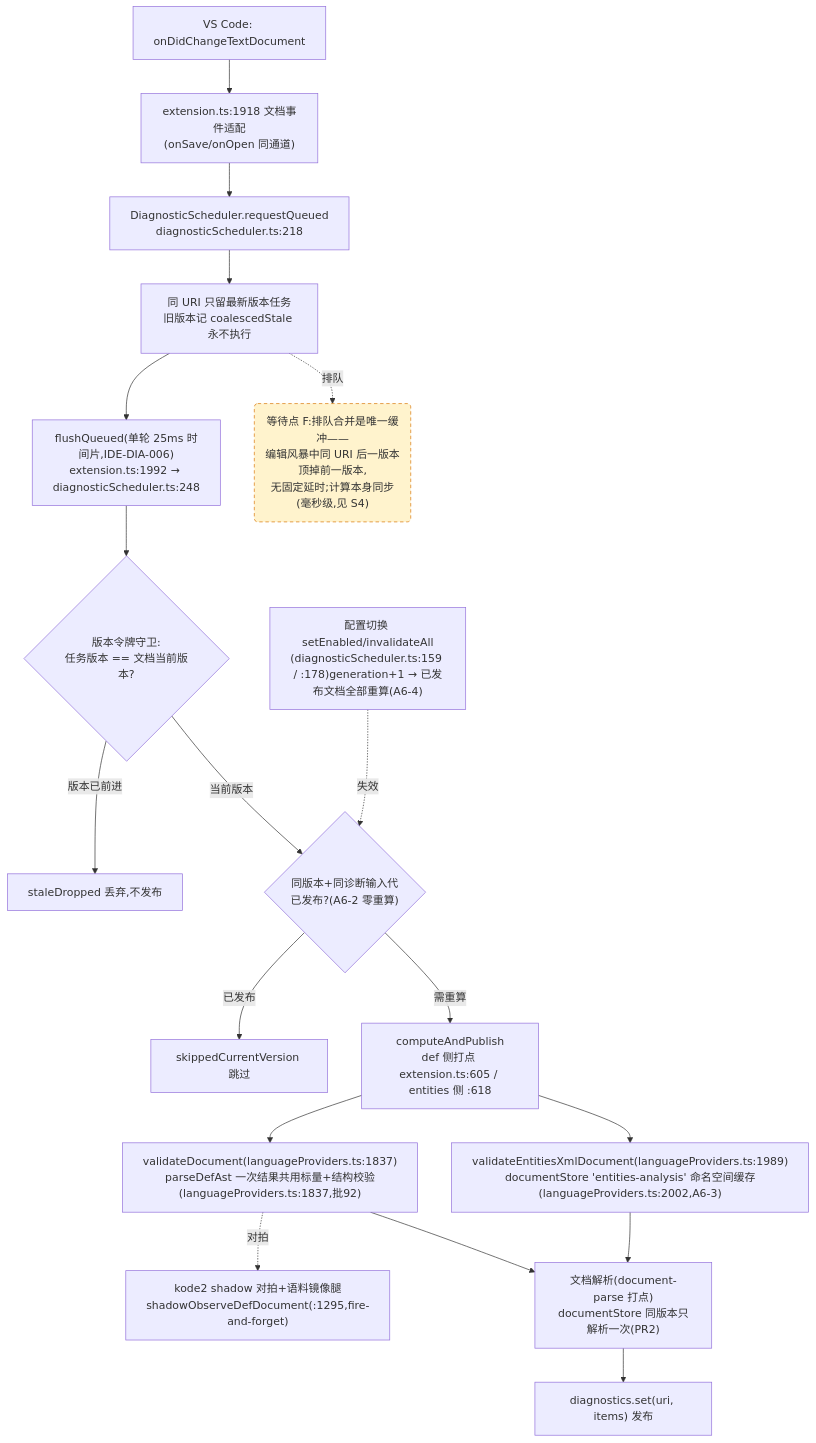
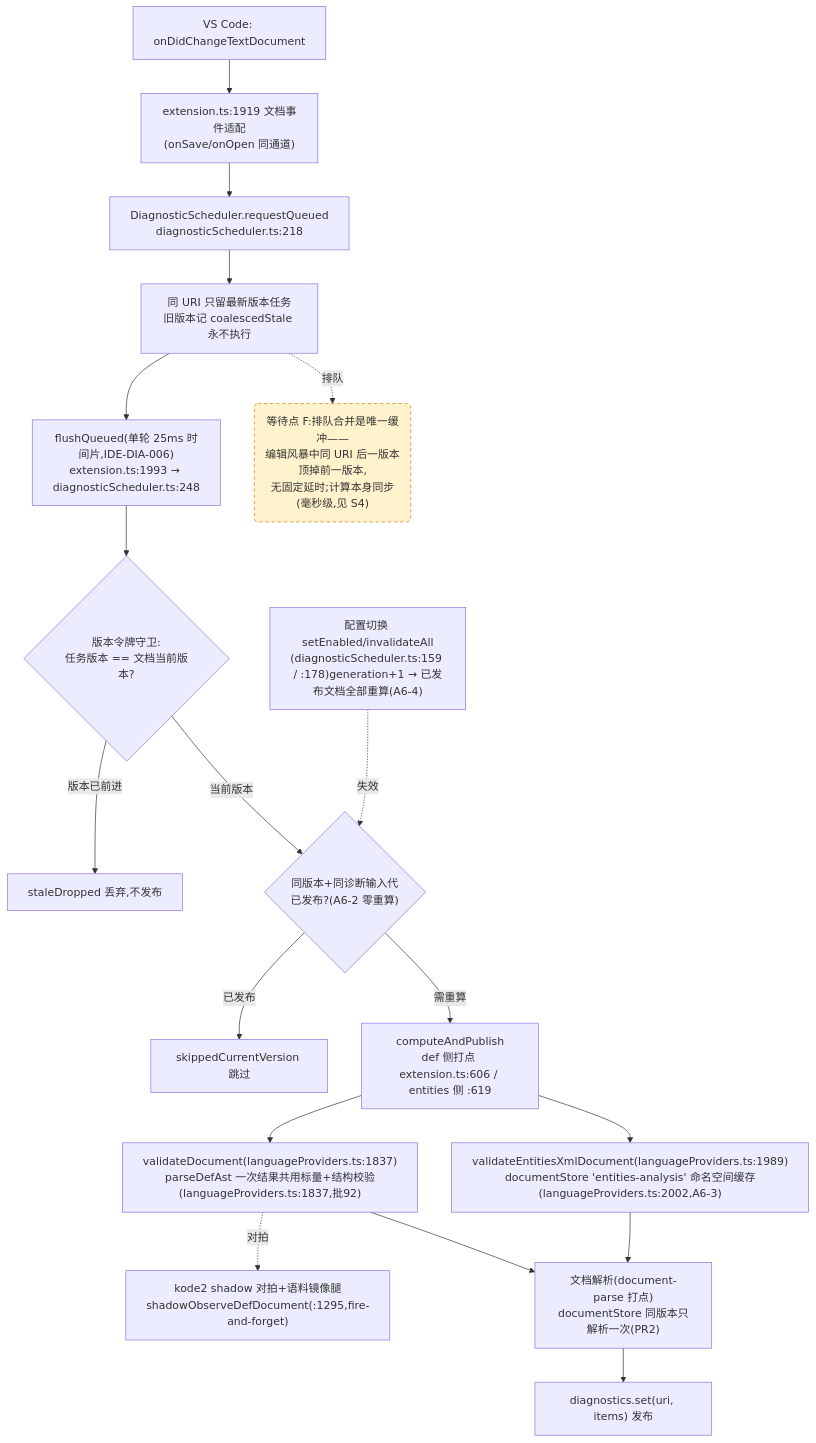
One commit to cuihairu/kode changed the fourth of 4 diagrams in docs/perf/2026-baseline.md. Above: the diagram before and after it, drawn with Mermaid. The commit also changed other lines of this file and 7 other files, not shown here.

````diff
--- a/docs/perf/2026-baseline.md
+++ b/docs/perf/2026-baseline.md
@@ -214,38 +214,38 @@
 ```mermaid
 flowchart TD
   CHG["VS Code: onDidChangeTextDocument"]
-  WATCH["extension.ts:1918 文档事件适配<br/>(onSave/onOpen 同通道)"]
+  WATCH["extension.ts:1919 文档事件适配<br/>(onSave/onOpen 同通道)"]
   RQ["DiagnosticScheduler.requestQueued<br/>diagnosticScheduler.ts:218"]
   CO["同 URI 只留最新版本任务<br/>旧版本记 coalescedStale 永不执行"]
-  FL["flushQueued(单轮 25ms 时间片,IDE-DIA-006)<br/>extension.ts:1992 → diagnosticScheduler.ts:248"]
+  FL["flushQueued(单轮 25ms 时间片,IDE-DIA-006)<br/>extension.ts:1993 → diagnosticScheduler.ts:248"]
   VG{"版本令牌守卫:<br/>任务版本 == 文档当前版本?"}
   DROP["staleDropped 丢弃,不发布"]
   GEN{"同版本+同诊断输入代<br/>已发布?(A6-2 零重算)"}
   SKIP["skippedCurrentVersion 跳过"]
-  CALC["computeAndPublish<br/>def 侧打点 extension.ts:605 / entities 侧 :618"]
+  CALC["computeAndPublish<br/>def 侧打点 extension.ts:606 / entities 侧 :619"]
   VD["validateDocument(languageProviders.ts:1837)<br/>parseDefAst 一次结果共用标量+结构校验(languageProviders.ts:1837,批92)"]
   VEX["validateEntitiesXmlDocument(languageProviders.ts:1989)<br/>documentStore 'entities-analysis' 命名空间缓存(languageProviders.ts:2002,A6-3)"]
   SHDD["kode2 shadow 对拍+语料镜像腿<br/>shadowObserveDefDocument(:1295,fire-and-forget)"]
   DS["文档解析(document-parse 打点)<br/>documentStore 同版本只解析一次(PR2)"]
   PUB["diagnostics.set(uri, items) 发布"]
   CFG2["配置切换 setEnabled/invalidateAll<br/>(diagnosticScheduler.ts:159 / :178)generation+1 → 已发布文档全部重算(A6-4)"]
 
   CHG --> WATCH --> RQ --> CO --> FL --> VG
   VG -- "版本已前进" --> DROP
   VG -- "当前版本" --> GEN
   GEN -- "已发布" --> SKIP
   GEN -- "需重算" --> CALC
   CALC --> VD
   CALC --> VEX
   VD --> DS
   VEX --> DS
   DS --> PUB
   VD -.->|对拍| SHDD
   CFG2 -.->|失效| GEN
 
   WAITF("等待点 F:排队合并是唯一缓冲——<br/>编辑风暴中同 URI 后一版本顶掉前一版本,<br/>无固定延时;计算本身同步(毫秒级,见 S4)")
   CO -.->|排队| WAITF
 
   classDef waitPoint fill:#fff3cd,stroke:#d97706,stroke-dasharray:5 4;
   class WAITF waitPoint;
 ```
````
